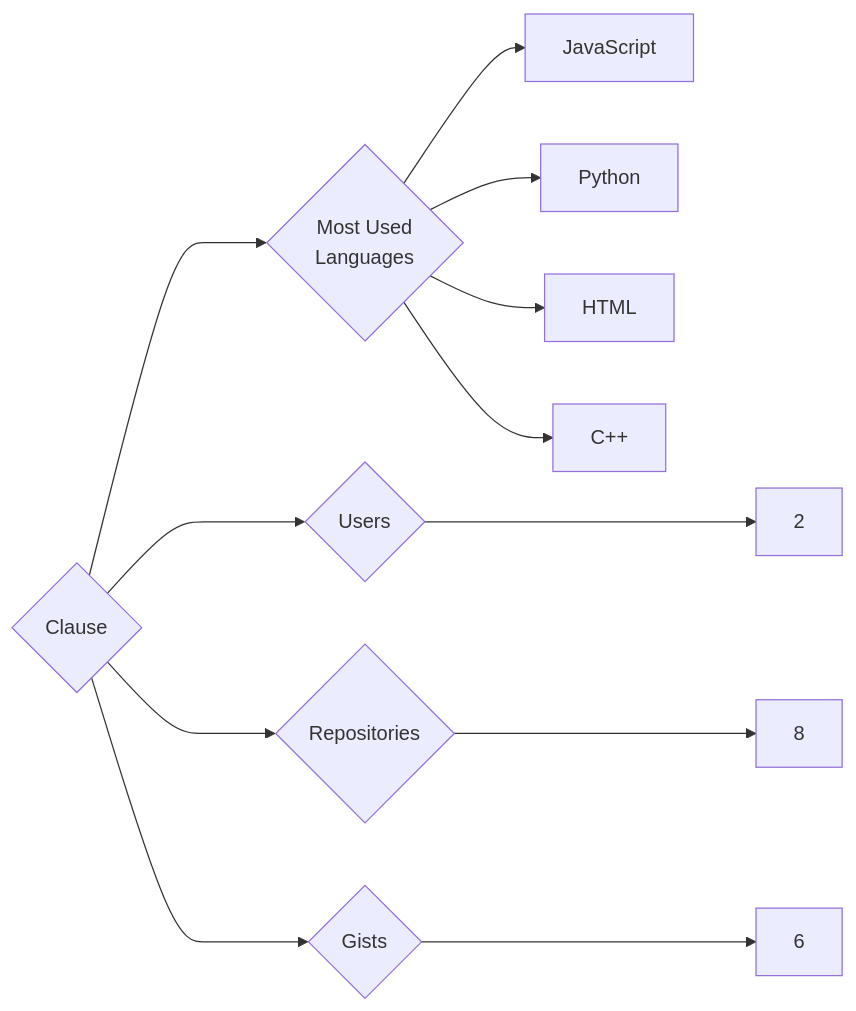
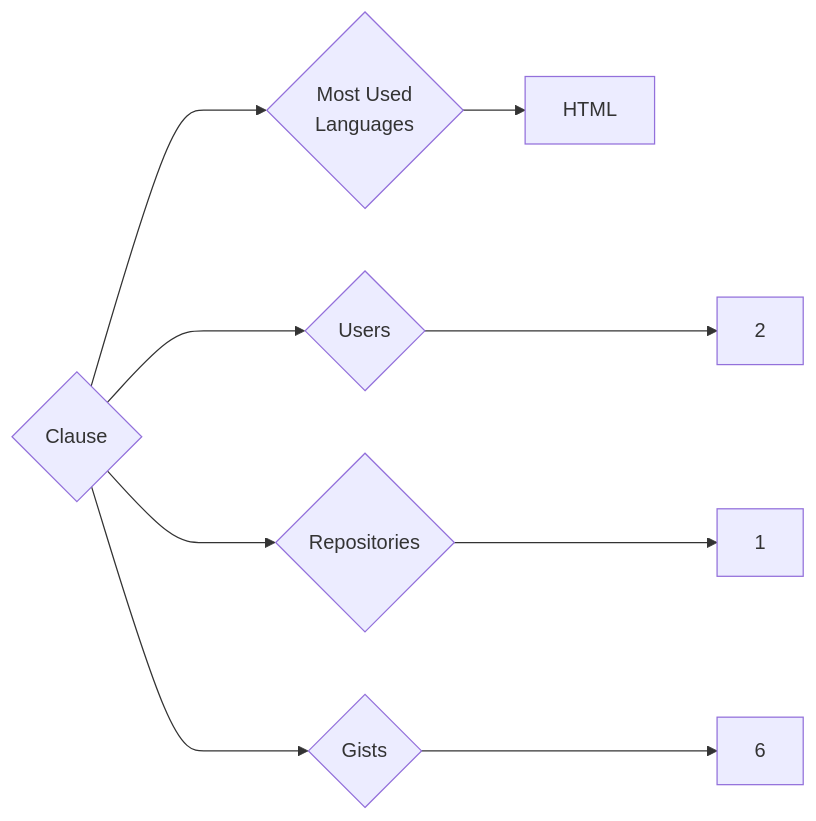
Before and after one commit to trickest/insiders: the diagram in targets/Clause/README.md, drawn with Mermaid. The commit also changed 1023 other files, not shown here.

````diff
--- a/targets/Clause/README.md
+++ b/targets/Clause/README.md
@@ -3,12 +3,9 @@
 ```mermaid
 graph LR
 COMPANY_NAME{Clause}
 COMPANY_NAME ---> U{Users} ---> UN[2]
-COMPANY_NAME ---> R{Repositories} ---> RN[8]
+COMPANY_NAME ---> R{Repositories} ---> RN[1]
 COMPANY_NAME ---> G{Gists} ---> GN[6]
 COMPANY_NAME ---> ML{Most Used<br>Languages}
-ML --> JavaScript[JavaScript]
-ML --> Python[Python]
 ML --> HTML[HTML]
-ML --> C++[C++]
 ```
````
